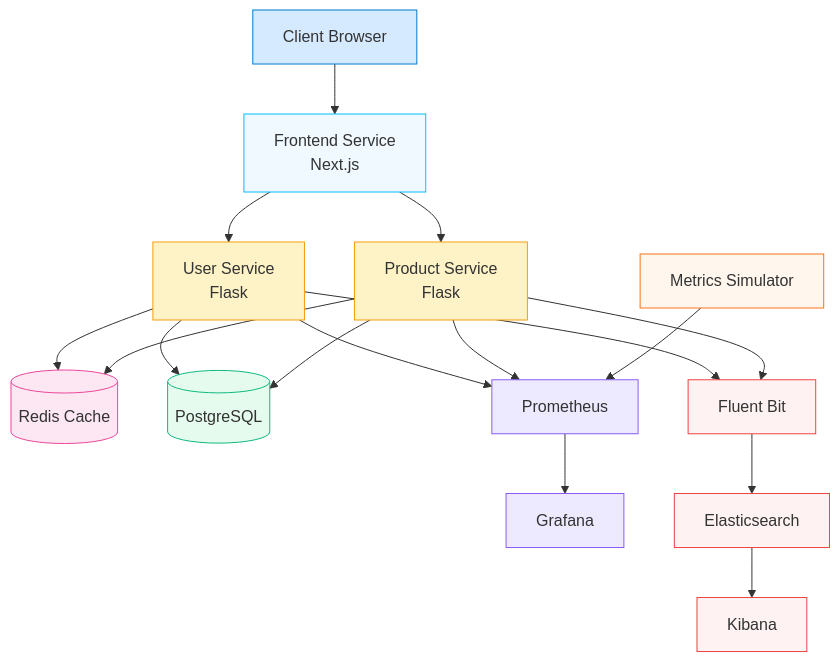
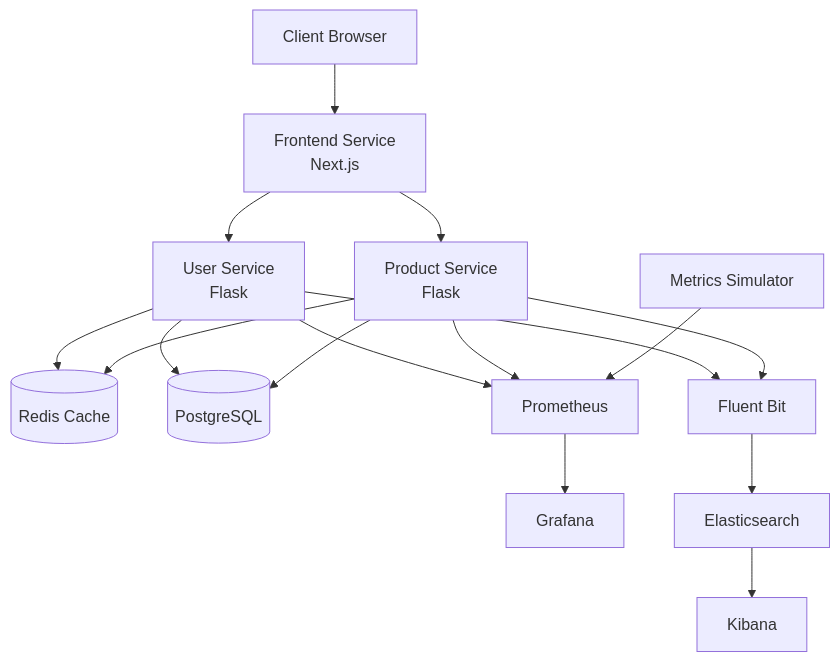
The diagram in README.md (Isrealade/shopnexus-microservices), drawn with Mermaid before and after one commit.

````diff
--- a/README.md
+++ b/README.md
@@ -9,35 +9,25 @@
 ```mermaid
 graph TD
     %% Frontend Flow
-    Client[Client Browser]:::client --> Frontend[Frontend Service<br/>Next.js]:::frontend
-    Frontend --> UserService[User Service<br/>Flask]:::service
-    Frontend --> ProductService[Product Service<br/>Flask]:::service
+    Client[Client Browser] --> Frontend[Frontend Service<br/>Next.js]
+    Frontend --> UserService[User Service<br/>Flask]
+    Frontend --> ProductService[Product Service<br/>Flask]
 
     %% Application Data Flow
-    UserService --> Redis[(Redis Cache)]:::cache
+    UserService --> Redis[(Redis Cache)]
     ProductService --> Redis
-    UserService --> PostgreSQL[(PostgreSQL)]:::database
+    UserService --> PostgreSQL[(PostgreSQL)]
     ProductService --> PostgreSQL
 
     %% Monitoring (Metrics)
-    UserService --> Prometheus[Prometheus]:::monitoring
+    UserService --> Prometheus[Prometheus]
     ProductService --> Prometheus
-    MetricsSim[Metrics Simulator]:::simulator --> Prometheus
-    Prometheus --> Grafana[Grafana]:::monitoring
+    MetricsSim[Metrics Simulator] --> Prometheus
+    Prometheus --> Grafana[Grafana]
 
     %% Logging (EFK)
-    UserService --> FluentBit[Fluent Bit]:::logging
+    UserService --> FluentBit[Fluent Bit]
     ProductService --> FluentBit
-    FluentBit --> Elasticsearch[Elasticsearch]:::logging
-    Elasticsearch --> Kibana[Kibana]:::logging
-
-    %% Style Definitions
-    classDef client fill:#d6eaff,stroke:#007acc,stroke-width:1px;
-    classDef frontend fill:#f0f9ff,stroke:#00bfff,stroke-width:1px;
-    classDef service fill:#fef3c7,stroke:#f59e0b,stroke-width:1px;
-    classDef database fill:#e5fbee,stroke:#10b981,stroke-width:1px;
-    classDef cache fill:#fce7f3,stroke:#ec4899,stroke-width:1px;
-    classDef monitoring fill:#ede9fe,stroke:#8b5cf6,stroke-width:1px;
-    classDef logging fill:#fef2f2,stroke:#ef4444,stroke-width:1px;
-    classDef simulator fill:#fff7ed,stroke:#f97316,stroke-width:1px;
+    FluentBit --> Elasticsearch[Elasticsearch]
+    Elasticsearch --> Kibana[Kibana]
 ```
````
